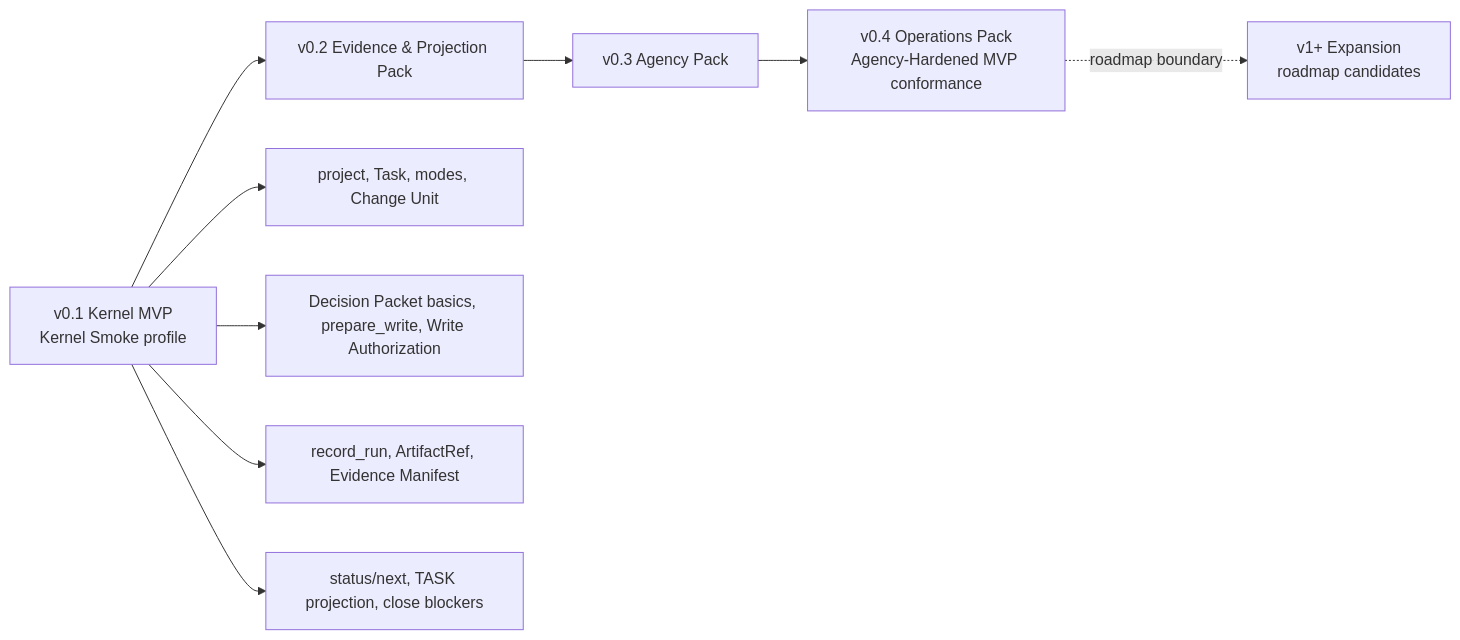
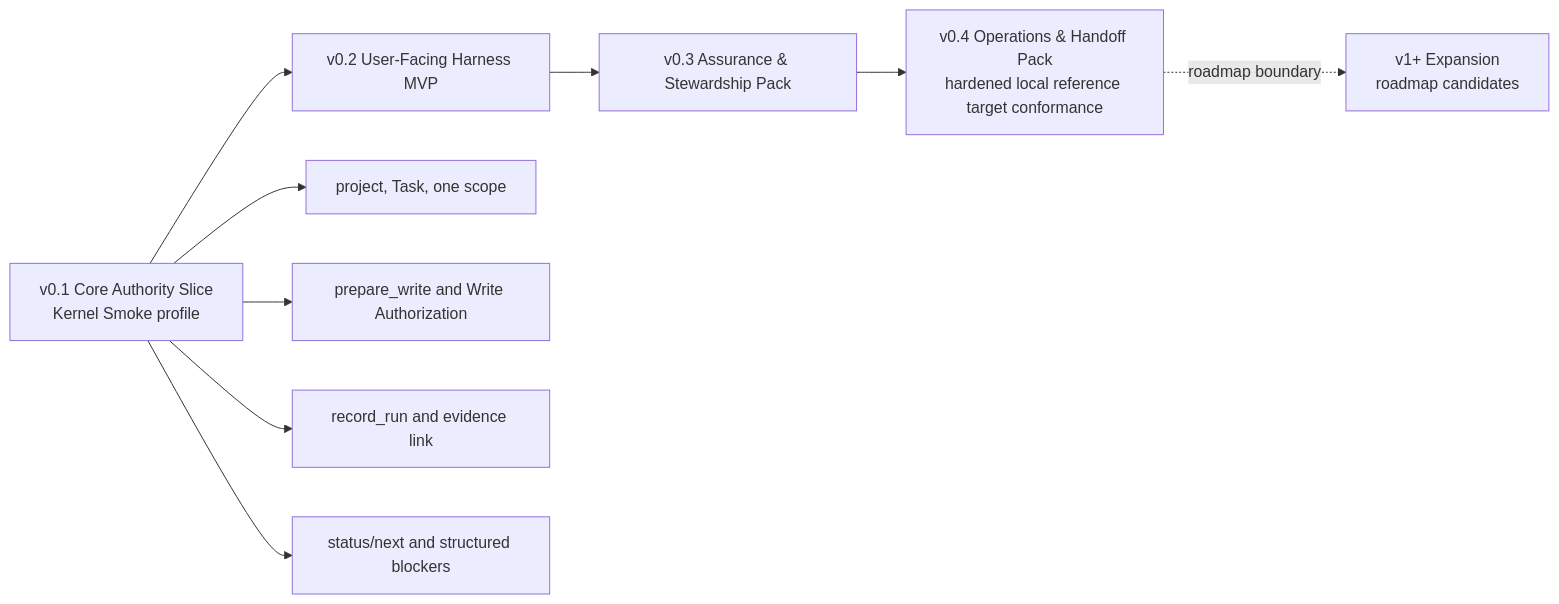
Before and after one commit to minjungw00/Volicord: the second of 11 diagrams in docs/en/reference/operations-and-conformance.md, drawn with Mermaid. The commit also changed other lines of this file and 43 other files, not shown here.

Commit message:
docs: restage MVP around core user-visible value

````diff
--- a/docs/en/reference/operations-and-conformance.md
+++ b/docs/en/reference/operations-and-conformance.md
@@ -148,11 +148,11 @@
 ```mermaid
 flowchart LR
-  Kernel["v0.1 Kernel MVP<br/>Kernel Smoke profile"] --> Evidence["v0.2 Evidence & Projection Pack"]
-  Evidence --> Agency["v0.3 Agency Pack"]
-  Agency --> Ops["v0.4 Operations Pack<br/>Agency-Hardened MVP conformance"]
+  Kernel["v0.1 Core Authority Slice<br/>Kernel Smoke profile"] --> Evidence["v0.2 User-Facing Harness MVP"]
+  Evidence --> Agency["v0.3 Assurance & Stewardship Pack"]
+  Agency --> Ops["v0.4 Operations & Handoff Pack<br/>hardened local reference target conformance"]
   Ops -. "roadmap boundary" .-> Expansion["v1+ Expansion<br/>roadmap candidates"]
-  Kernel --> K1["project, Task, modes, Change Unit"]
-  Kernel --> K2["Decision Packet basics, prepare_write, Write Authorization"]
-  Kernel --> K3["record_run, ArtifactRef, Evidence Manifest"]
-  Kernel --> K4["status/next, TASK projection, close blockers"]
+  Kernel --> K1["project, Task, one scope"]
+  Kernel --> K2["prepare_write and Write Authorization"]
+  Kernel --> K3["record_run and evidence link"]
+  Kernel --> K4["status/next and structured blockers"]
 ```
````
